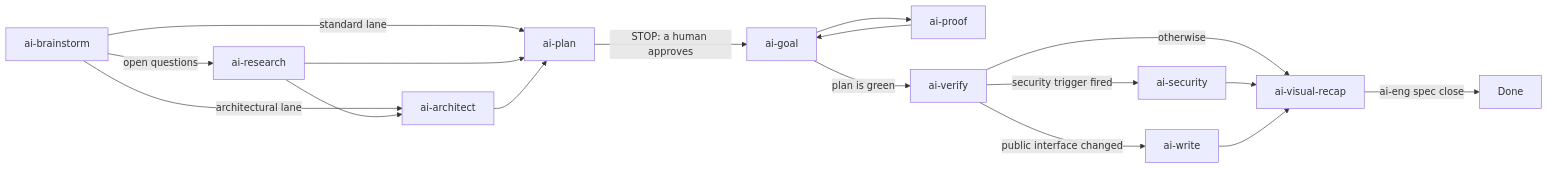
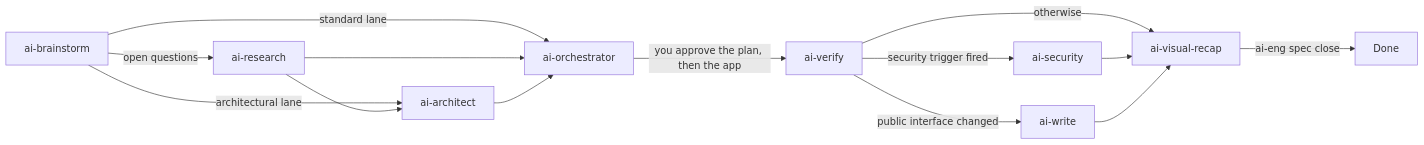
Before and after one commit to arcasilesgroup/ai-engineering: the diagram in README.md, drawn with Mermaid. The commit also changed other lines of this file and 203 other files, not shown here.

````diff
--- a/README.md
+++ b/README.md
@@ -156,19 +139,16 @@
 ```mermaid
 flowchart LR
   B[ai-brainstorm] -->|open questions| R[ai-research]
   B -->|architectural lane| A[ai-architect]
-  B -->|standard lane| P[ai-plan]
+  B -->|standard lane| O[ai-orchestrator]
   R --> A
-  R --> P
-  A --> P
-  P -->|STOP: a human approves| G[ai-goal]
-  G --> PR[ai-proof]
-  PR --> G
-  G -->|plan is green| V[ai-verify]
+  R --> O
+  A --> O
+  O -->|you approve the plan, then the app| V[ai-verify]
   V -->|security trigger fired| S[ai-security]
   V -->|public interface changed| W[ai-write]
   V -->|otherwise| RC[ai-visual-recap]
   S --> RC
   W --> RC
   RC -->|ai-eng spec close| D[Done]
 ```
````
